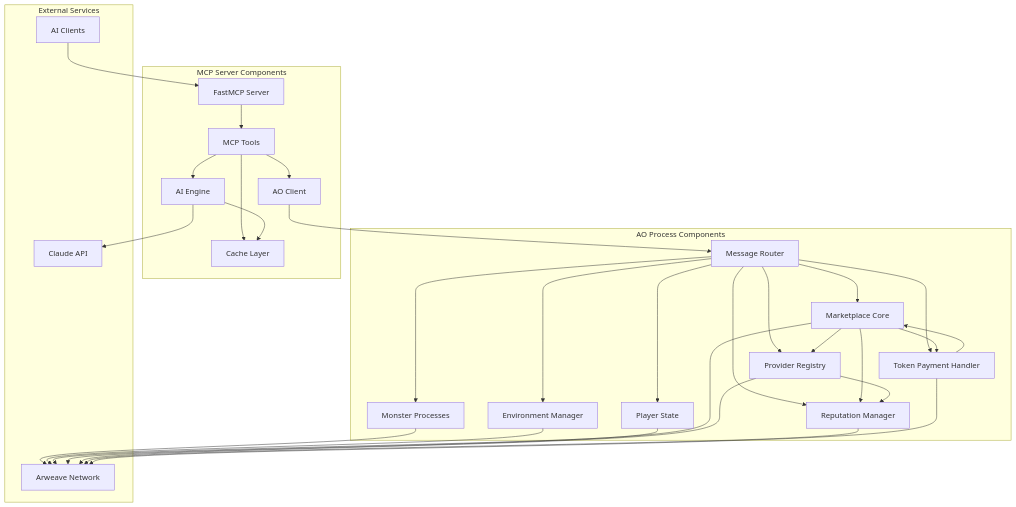
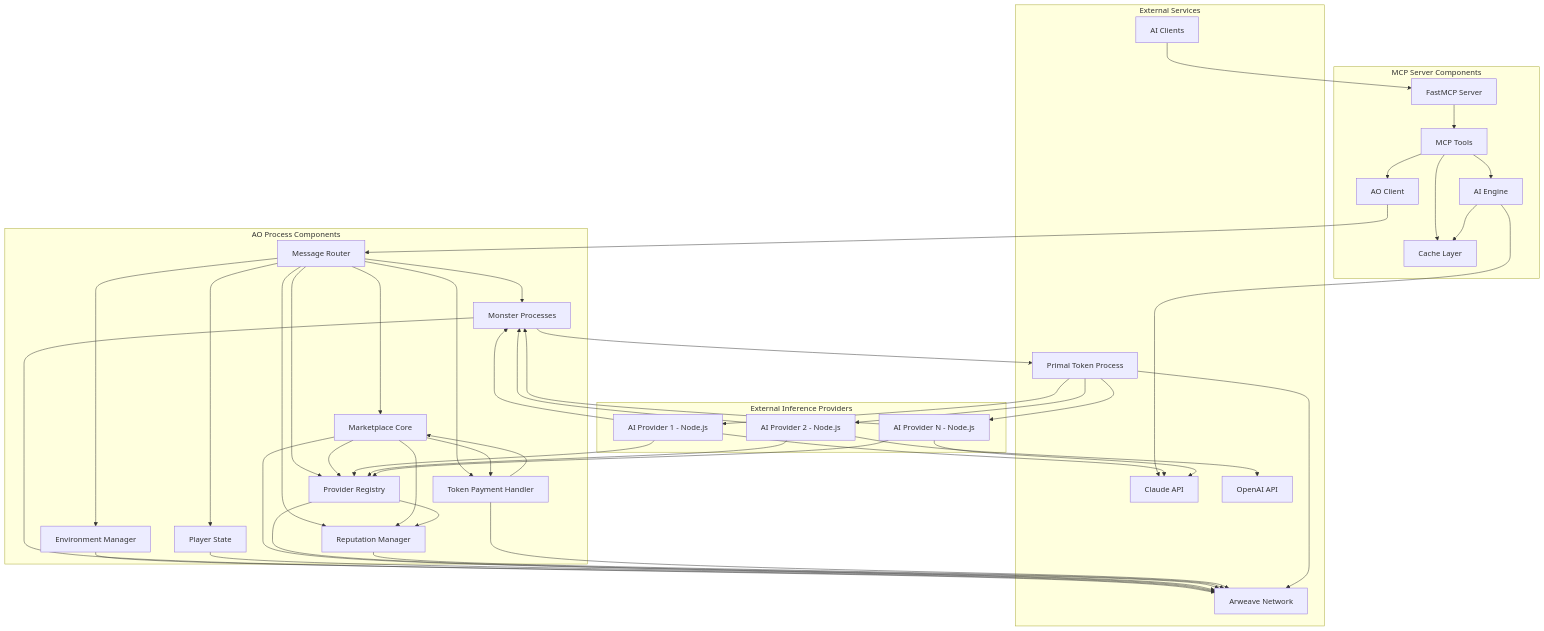
The diagram in Docs/architecture/components-diagrams.md (ALLiDoizCode/PrimalCode), drawn with Mermaid before and after one commit. The commit also changed 9 other files, not shown here.

````diff
--- a/Docs/architecture/components-diagrams.md
+++ b/Docs/architecture/components-diagrams.md
@@ -21,10 +21,18 @@
         MSG[Message Router]
     end
     
+    subgraph "External Inference Providers"
+        PROVIDER1[AI Provider 1 - Node.js]
+        PROVIDER2[AI Provider 2 - Node.js]
+        PROVIDER3[AI Provider N - Node.js]
+    end
+    
     subgraph "External Services"
         CLAUDE[Claude API]
+        OPENAI[OpenAI API]
         ARWEAVE[Arweave Network]
         CLIENTS[AI Clients]
+        PRIMAL_TOKEN[Primal Token Process]
     end
     
     CLIENTS --> MCP
@@ -51,6 +59,25 @@
     REGISTRY --> REPUTATION
     TOKEN --> MARKETPLACE
     
+    %% Token Payment Flow
+    MP --> PRIMAL_TOKEN
+    PRIMAL_TOKEN --> PROVIDER1
+    PRIMAL_TOKEN --> PROVIDER2
+    PRIMAL_TOKEN --> PROVIDER3
+    
+    %% Inference Provider Connections
+    PROVIDER1 --> CLAUDE
+    PROVIDER2 --> OPENAI
+    PROVIDER3 --> CLAUDE
+    
+    PROVIDER1 --> REGISTRY
+    PROVIDER2 --> REGISTRY
+    PROVIDER3 --> REGISTRY
+    
+    PROVIDER1 --> MP
+    PROVIDER2 --> MP
+    PROVIDER3 --> MP
+    
     MP --> ARWEAVE
     ENV --> ARWEAVE
     PLY --> ARWEAVE
@@ -58,4 +85,5 @@
     REGISTRY --> ARWEAVE
     REPUTATION --> ARWEAVE
     TOKEN --> ARWEAVE
+    PRIMAL_TOKEN --> ARWEAVE
 ```
````
